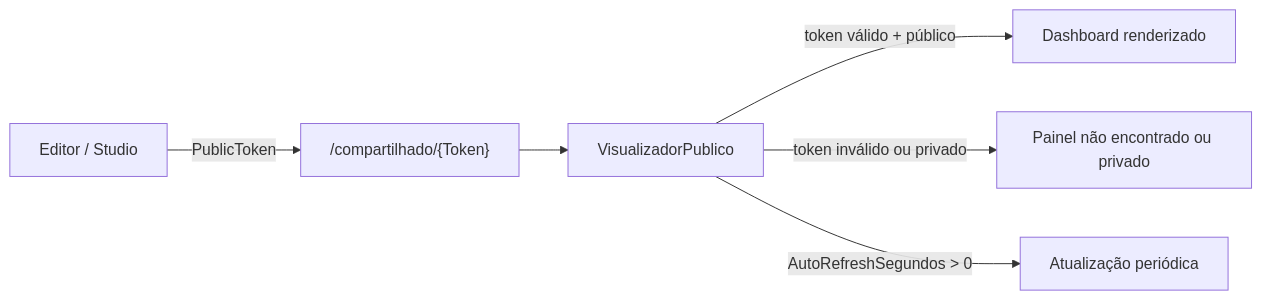
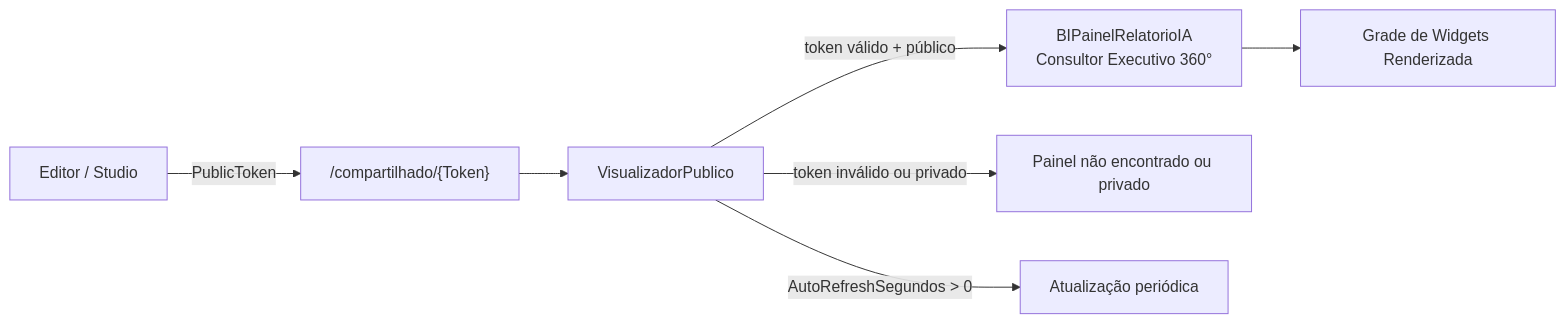
One commit to mrjalves/JT_BI changed the fifth of 6 diagrams in docs/ARQUITETURA.md. Above: the diagram before and after it, drawn with Mermaid. The commit also changed other lines of this file and 2 other files, not shown here.

Commit message:
docs: revise architecture, data mining, and readme documentation to match implementation

````diff
--- a/docs/ARQUITETURA.md
+++ b/docs/ARQUITETURA.md
@@ -473,8 +504,9 @@
 ```mermaid
 flowchart LR
     Editor["Editor / Studio"] -->|"PublicToken"| Link["/compartilhado/{Token}"]
     Link --> Viewer["VisualizadorPublico"]
-    Viewer -->|"token válido + público"| Dashboard["Dashboard renderizado"]
+    Viewer -->|"token válido + público"| Relatorio["BIPainelRelatorioIA<br/>Consultor Executivo 360°"]
+    Relatorio --> Dashboard["Grade de Widgets Renderizada"]
     Viewer -->|"token inválido ou privado"| Erro["Painel não encontrado ou privado"]
     Viewer -->|"AutoRefreshSegundos > 0"| Timer["Atualização periódica"]
 ```
````
